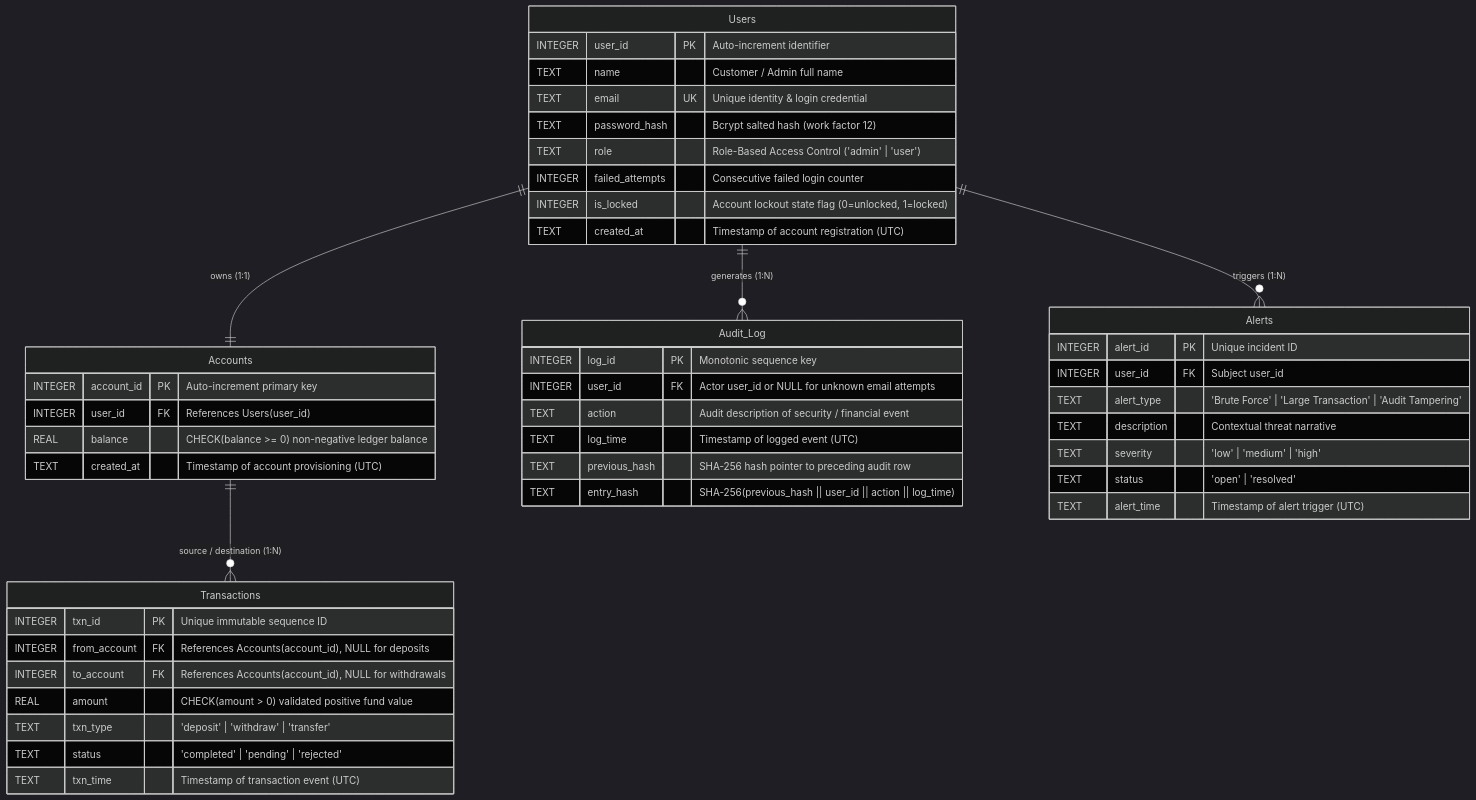
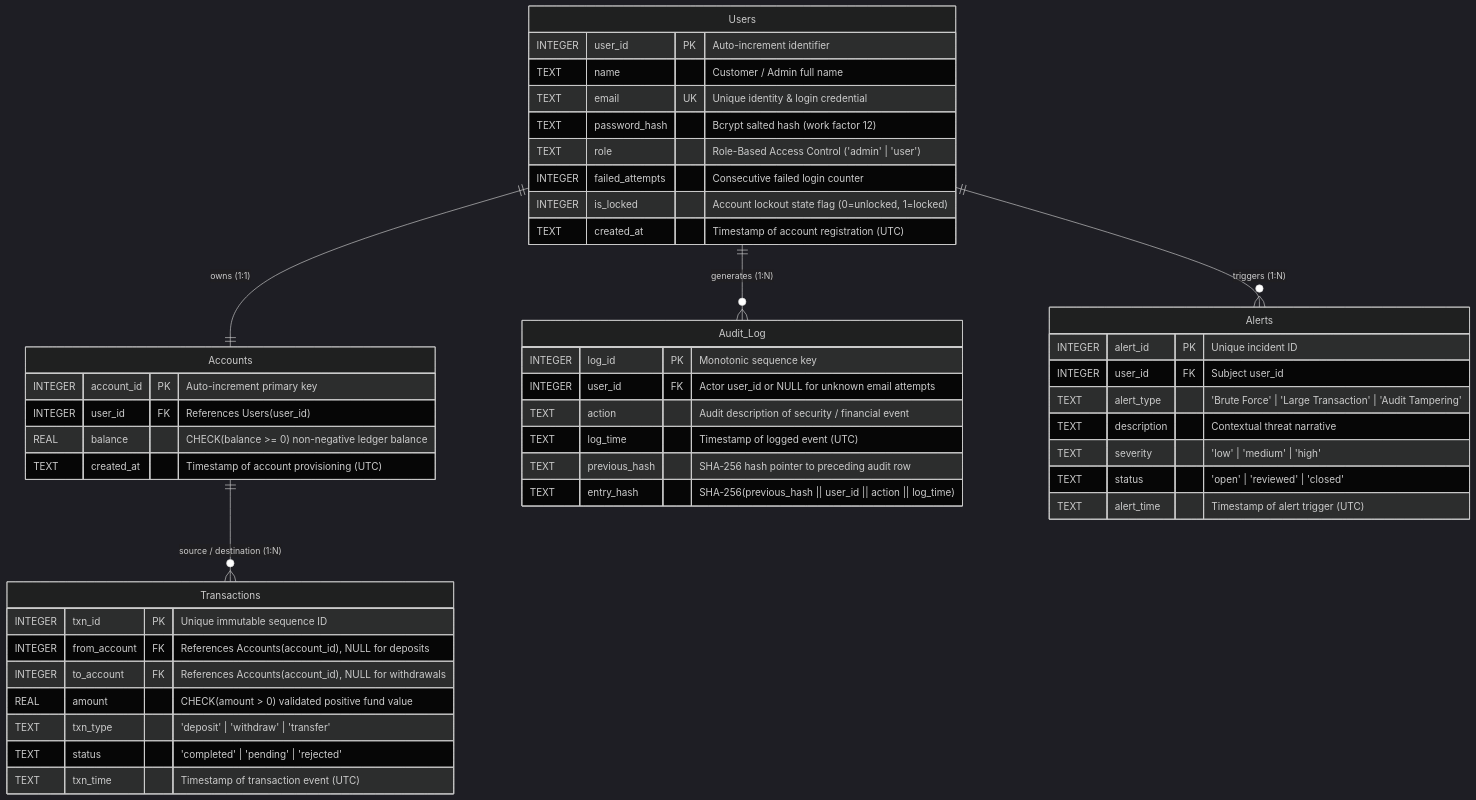
Before and after one commit to ayushkulhari47/secure-banking-system-dbms-cyber: the diagram in docs/er_diagram_notes.md, drawn with Mermaid (dark theme). The commit also changed other lines of this file and 22 other files, not shown here.

````diff
--- a/docs/er_diagram_notes.md
+++ b/docs/er_diagram_notes.md
@@ -11,54 +11,54 @@
 ```mermaid
 erDiagram
     Users ||--|| Accounts : "owns (1:1)"
     Users ||--o{ Audit_Log : "generates (1:N)"
     Users ||--o{ Alerts : "triggers (1:N)"
     Accounts ||--o{ Transactions : "source / destination (1:N)"
 
     Users {
         INTEGER user_id PK "Auto-increment identifier"
         TEXT name "Customer / Admin full name"
         TEXT email UK "Unique identity & login credential"
         TEXT password_hash "Bcrypt salted hash (work factor 12)"
         TEXT role "Role-Based Access Control ('admin' | 'user')"
         INTEGER failed_attempts "Consecutive failed login counter"
         INTEGER is_locked "Account lockout state flag (0=unlocked, 1=locked)"
         TEXT created_at "Timestamp of account registration (UTC)"
     }
 
     Accounts {
         INTEGER account_id PK "Auto-increment primary key"
         INTEGER user_id FK "References Users(user_id)"
         REAL balance "CHECK(balance >= 0) non-negative ledger balance"
         TEXT created_at "Timestamp of account provisioning (UTC)"
     }
 
     Transactions {
         INTEGER txn_id PK "Unique immutable sequence ID"
         INTEGER from_account FK "References Accounts(account_id), NULL for deposits"
         INTEGER to_account FK "References Accounts(account_id), NULL for withdrawals"
         REAL amount "CHECK(amount > 0) validated positive fund value"
         TEXT txn_type "'deposit' | 'withdraw' | 'transfer'"
         TEXT status "'completed' | 'pending' | 'rejected'"
         TEXT txn_time "Timestamp of transaction event (UTC)"
     }
 
     Audit_Log {
         INTEGER log_id PK "Monotonic sequence key"
         INTEGER user_id FK "Actor user_id or NULL for unknown email attempts"
         TEXT action "Audit description of security / financial event"
         TEXT log_time "Timestamp of logged event (UTC)"
         TEXT previous_hash "SHA-256 hash pointer to preceding audit row"
         TEXT entry_hash "SHA-256(previous_hash || user_id || action || log_time)"
     }
 
     Alerts {
         INTEGER alert_id PK "Unique incident ID"
         INTEGER user_id FK "Subject user_id"
         TEXT alert_type "'Brute Force' | 'Large Transaction' | 'Audit Tampering'"
         TEXT description "Contextual threat narrative"
         TEXT severity "'low' | 'medium' | 'high'"
-        TEXT status "'open' | 'resolved'"
+        TEXT status "'open' | 'reviewed' | 'closed'"
         TEXT alert_time "Timestamp of alert trigger (UTC)"
     }
 ```
````
